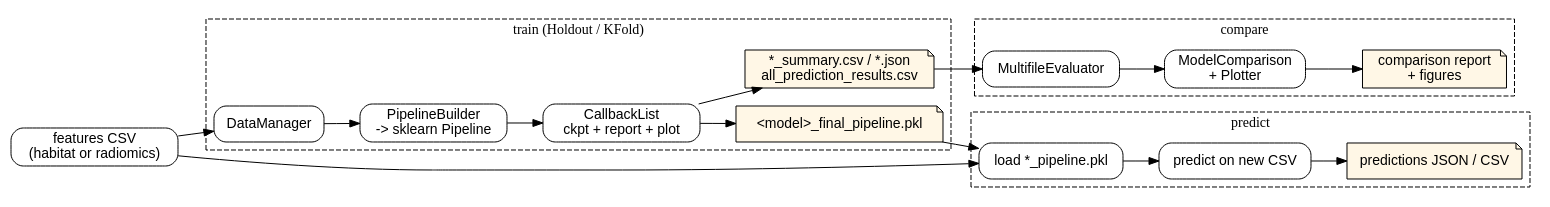
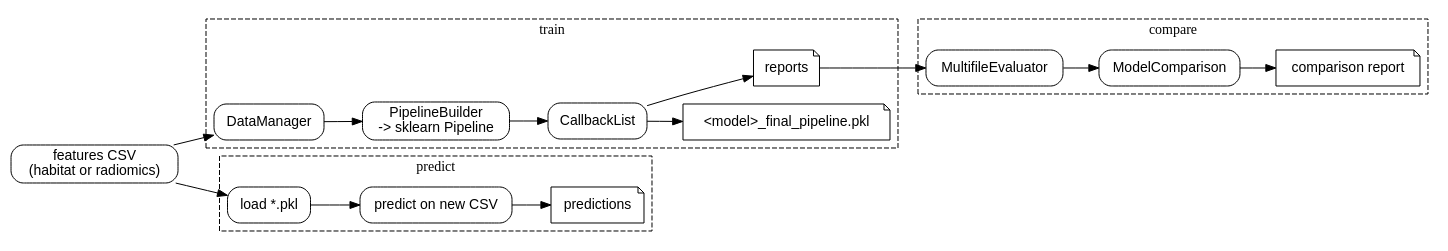
Before and after one commit to lichao312214129/HABIT: the fourth of 4 diagrams in docs/source/development/architecture.rst, drawn with Graphviz. The commit also changed other lines of this file and 7 other files, not shown here.

```diff
--- a/docs/source/development/architecture.rst
+++ b/docs/source/development/architecture.rst
@@ -387,45 +442,44 @@
 .. graphviz::
 
    digraph ml_flow {
        rankdir=LR;
        node [shape=box, style=rounded, fontname="Helvetica"];
 
        CSV [label="features CSV\n(habitat or radiomics)"];
 
        subgraph cluster_train {
-           label="train (Holdout / KFold)";
+           label="train";
            style=dashed; color="#bbb";
-           DM   [label="DataManager"];
-           PB   [label="PipelineBuilder\n-> sklearn Pipeline"];
-           CB   [label="CallbackList\nckpt + report + plot"];
+           DM [label="DataManager"];
+           PB [label="PipelineBuilder\n-> sklearn Pipeline"];
+           CB [label="CallbackList"];
            Mods [label="<model>_final_pipeline.pkl",
-                 shape=note, fillcolor="#fff7e6", style="filled,rounded"];
-           Rep  [label="*_summary.csv / *.json\nall_prediction_results.csv",
-                 shape=note, fillcolor="#fff7e6", style="filled,rounded"];
+                 shape=note, fillcolor="#fff7e6"];
+           Rep [label="reports",
+                shape=note, fillcolor="#fff7e6"];
        }
 
        subgraph cluster_predict {
            label="predict";
            style=dashed; color="#bbb";
-           Load [label="load *_pipeline.pkl"];
+           Load [label="load *.pkl"];
            Pred [label="predict on new CSV"];
-           POut [label="predictions JSON / CSV",
-                 shape=note, fillcolor="#fff7e6", style="filled,rounded"];
+           POut [label="predictions",
+                 shape=note, fillcolor="#fff7e6"];
        }
 
        subgraph cluster_compare {
            label="compare";
            style=dashed; color="#bbb";
-           ME   [label="MultifileEvaluator"];
-           MC   [label="ModelComparison\n+ Plotter"];
-           COut [label="comparison report\n+ figures",
-                 shape=note, fillcolor="#fff7e6", style="filled,rounded"];
+           ME [label="MultifileEvaluator"];
+           MC [label="ModelComparison"];
+           COut [label="comparison report",
+                 shape=note, fillcolor="#fff7e6"];
        }
 
-       CSV  -> DM -> PB -> CB;
-       CB   -> Mods;
-       CB   -> Rep;
-       CSV  -> Load -> Pred -> POut;
-       Mods -> Load;
-       Rep  -> ME -> MC -> COut;
+       CSV -> DM -> PB -> CB;
+       CB -> Mods;
+       CB -> Rep;
+       CSV -> Load -> Pred -> POut;
+       Rep -> ME -> MC -> COut;
    }
```
